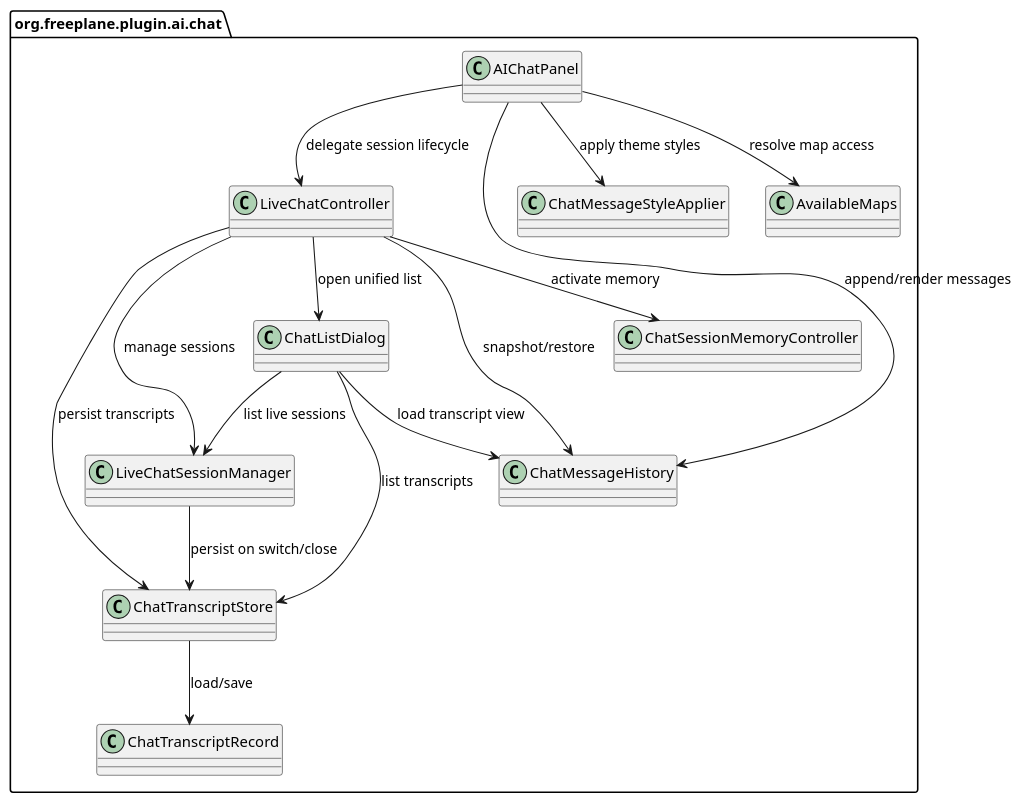
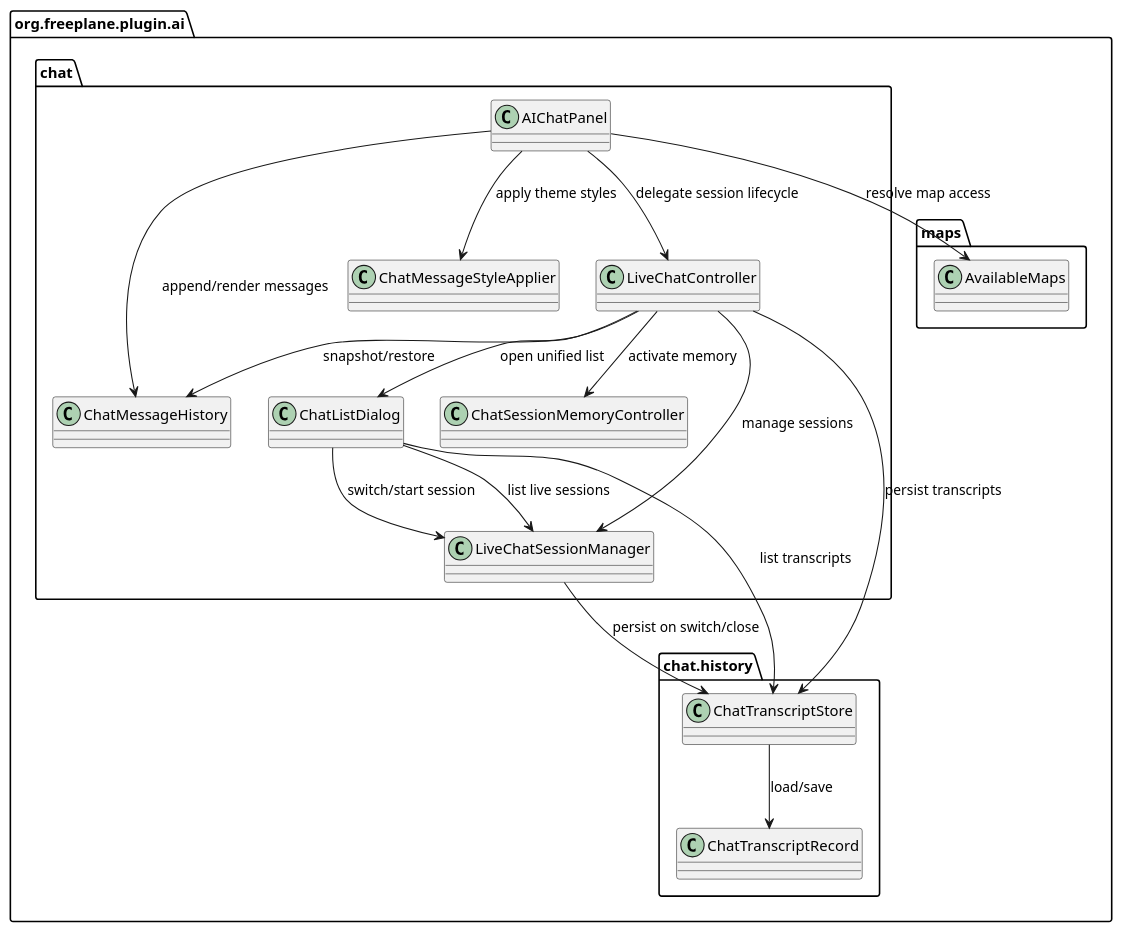
The first of 5 diagrams in freeplane_plugin_ai/specs/tasks/in-progress/tool-capable-chat-history-transcripts.md (guoranjun2/nexordia), drawn with PlantUML before and after one commit. The commit also changed other lines of this file and 24 other files, not shown here.

Commit message:
2026-01-24-chat-history-transcripts: add transcript chat restore and list UX

````diff
--- a/freeplane_plugin_ai/specs/tasks/in-progress/tool-capable-chat-history-transcripts.md
+++ b/freeplane_plugin_ai/specs/tasks/in-progress/tool-capable-chat-history-transcripts.md
@@ -39,31 +41,37 @@
   ```plantuml
   @startuml
   set separator none
-  package "org.freeplane.plugin.ai.chat" {
-    class AIChatPanel
-    class LiveChatController
-    class LiveChatSessionManager
-    class ChatListDialog
-    class ChatMessageHistory
-    class ChatSessionMemoryController
-    class ChatMessageStyleApplier
-    class ChatTranscriptStore
-    class ChatTranscriptRecord
-    class AvailableMaps
+  package "org.freeplane.plugin.ai" {
+    package "chat" {
+      class AIChatPanel
+      class LiveChatController
+      class LiveChatSessionManager
+      class ChatListDialog
+      class ChatMessageHistory
+      class ChatSessionMemoryController
+      class ChatMessageStyleApplier
+    }
+    package "chat.history" {
+      class ChatTranscriptStore
+      class ChatTranscriptRecord
+    }
+    package "maps" {
+      class AvailableMaps
+    }
   }
   AIChatPanel --> LiveChatController : delegate session lifecycle
   AIChatPanel --> ChatMessageHistory : append/render messages
   AIChatPanel --> ChatMessageStyleApplier : apply theme styles
   AIChatPanel --> AvailableMaps : resolve map access
   LiveChatController --> LiveChatSessionManager : manage sessions
   LiveChatController --> ChatListDialog : open unified list
   LiveChatController --> ChatMessageHistory : snapshot/restore
   LiveChatController --> ChatSessionMemoryController : activate memory
   LiveChatController --> ChatTranscriptStore : persist transcripts
   ChatListDialog --> LiveChatSessionManager : list live sessions
   ChatListDialog --> ChatTranscriptStore : list transcripts
-  ChatListDialog --> ChatMessageHistory : load transcript view
+  ChatListDialog --> LiveChatSessionManager : switch/start session
   LiveChatSessionManager --> ChatTranscriptStore : persist on switch/close
   ChatTranscriptStore --> ChatTranscriptRecord : load/save
   @enduml
   ```
````
